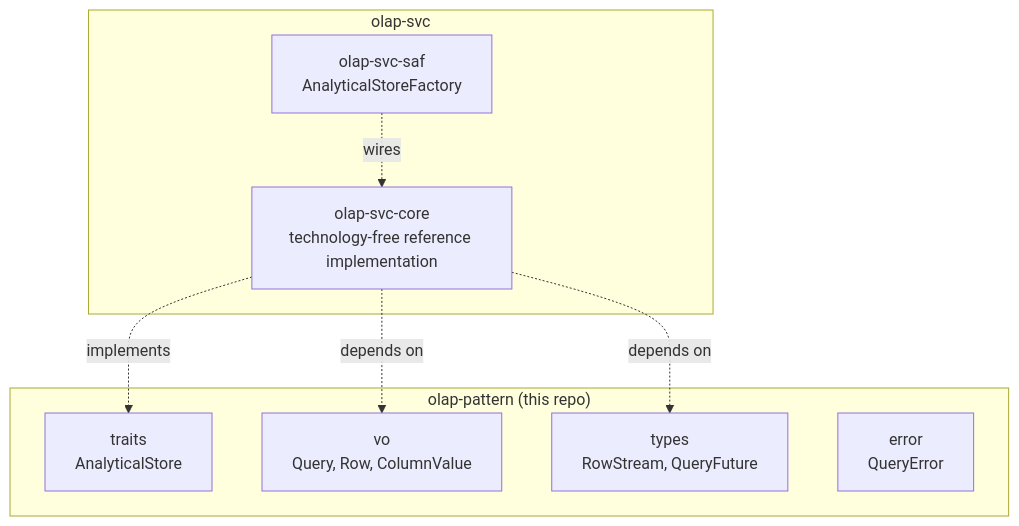
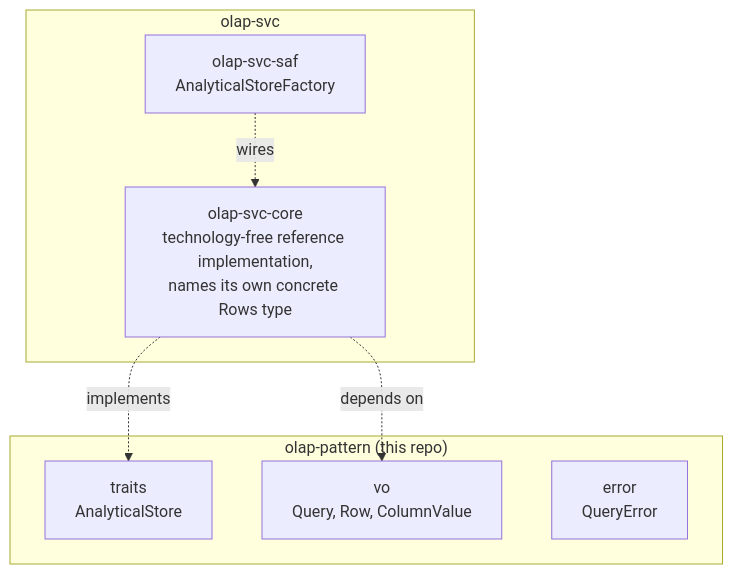
Before and after one commit to sweengineeringlabs/olap-pattern: the diagram in docs/3-design/architecture.md, drawn with Mermaid. The commit also changed other lines of this file and 11 other files, not shown here.

````diff
--- a/docs/3-design/architecture.md
+++ b/docs/3-design/architecture.md
@@ -27,19 +26,17 @@
 ```mermaid
 flowchart TD
     subgraph pattern["olap-pattern (this repo)"]
         traits["traits<br/>AnalyticalStore"]
         vo["vo<br/>Query, Row, ColumnValue"]
-        types["types<br/>RowStream, QueryFuture"]
         error["error<br/>QueryError"]
     end
 
     subgraph svc["olap-svc"]
-        core["olap-svc-core<br/>technology-free reference implementation"]
+        core["olap-svc-core<br/>technology-free reference implementation,<br/>names its own concrete Rows type"]
         saf["olap-svc-saf<br/>AnalyticalStoreFactory"]
     end
 
     core -.->|implements| traits
     core -.->|depends on| vo
-    core -.->|depends on| types
     saf -.->|wires| core
 ```
````
